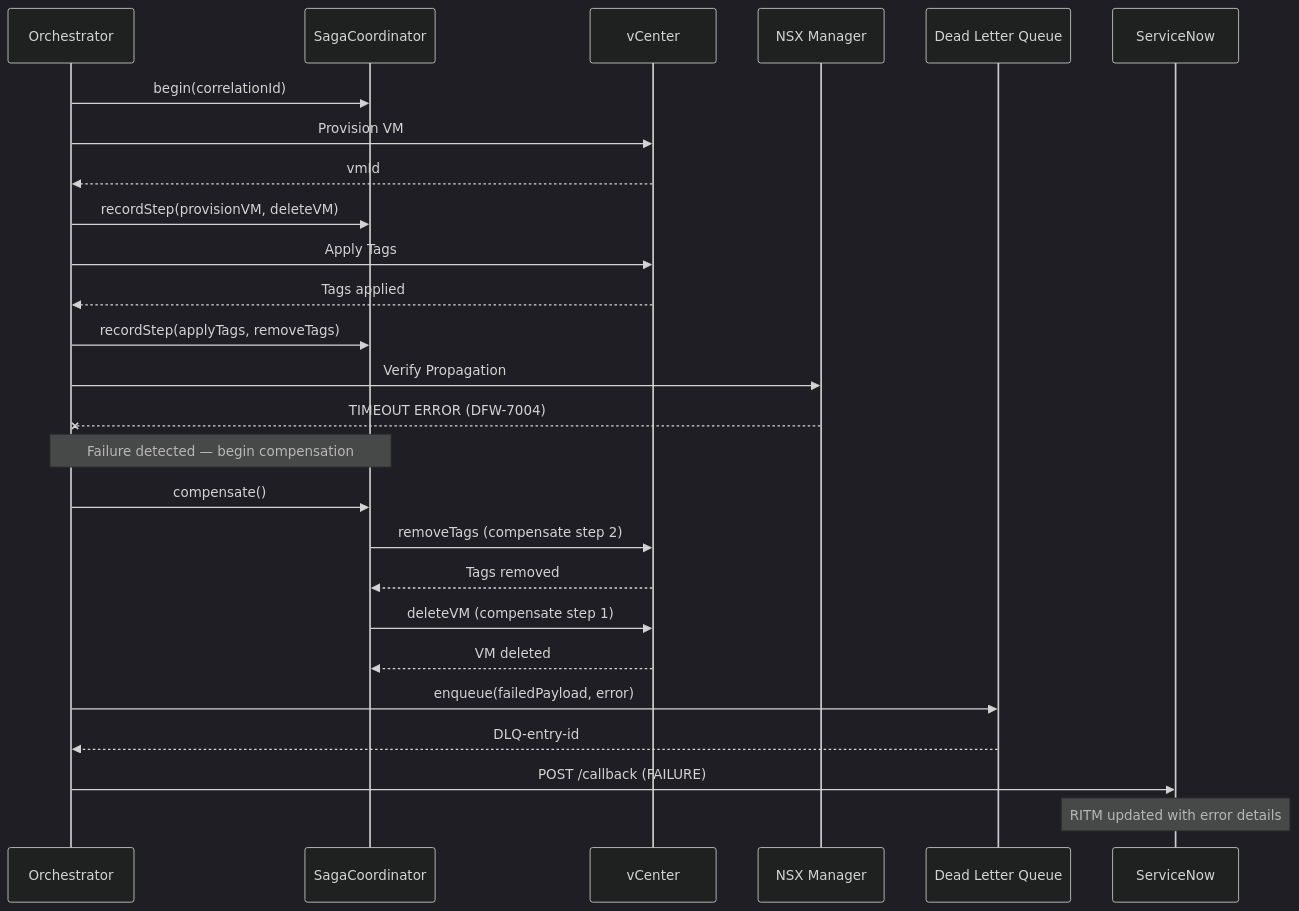
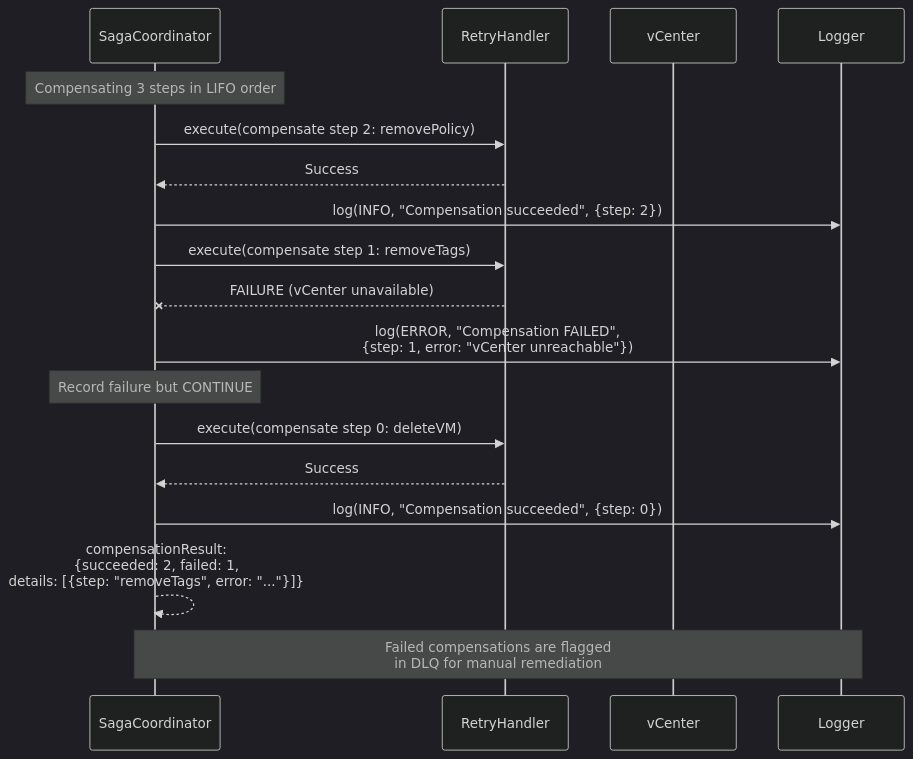
Before and after one commit to srikanth-nalam/dfw-automation-pipeline: the second of 2 diagrams in docs/diagrams/error-handling-saga.md, drawn with Mermaid (dark theme). The commit also changed other lines of this file and 5 other files, not shown here.

First line of the commit message:
feat: update schemas, OpenAPI spec, and docs for production alignment

````diff
--- a/docs/diagrams/error-handling-saga.md
+++ b/docs/diagrams/error-handling-saga.md
@@ -3,35 +119,26 @@
 ```mermaid
 sequenceDiagram
-    participant O as Orchestrator
     participant S as SagaCoordinator
+    participant R as RetryHandler
     participant VC as vCenter
-    participant NSX as NSX Manager
-    participant DLQ as Dead Letter Queue
-    participant SNOW as ServiceNow
+    participant LOG as Logger
 
-    O->>S: begin(correlationId)
-    O->>VC: Provision VM
-    VC-->>O: vmId
-    O->>S: recordStep(provisionVM, deleteVM)
+    Note over S: Compensating 3 steps in LIFO order
 
-    O->>VC: Apply Tags
-    VC-->>O: Tags applied
-    O->>S: recordStep(applyTags, removeTags)
+    S->>R: execute(compensate step 2: removePolicy)
+    R-->>S: Success
+    S->>LOG: log(INFO, "Compensation succeeded", {step: 2})
 
-    O->>NSX: Verify Propagation
-    NSX--xO: TIMEOUT ERROR (DFW-7004)
+    S->>R: execute(compensate step 1: removeTags)
+    R--xS: FAILURE (vCenter unavailable)
+    S->>LOG: log(ERROR, "Compensation FAILED",<br/>{step: 1, error: "vCenter unreachable"})
+    Note over S: Record failure but CONTINUE
 
-    Note over O,S: Failure detected — begin compensation
+    S->>R: execute(compensate step 0: deleteVM)
+    R-->>S: Success
+    S->>LOG: log(INFO, "Compensation succeeded", {step: 0})
 
-    O->>S: compensate()
-    S->>VC: removeTags (compensate step 2)
-    VC-->>S: Tags removed
-    S->>VC: deleteVM (compensate step 1)
-    VC-->>S: VM deleted
+    S-->>S: compensationResult:<br/>{succeeded: 2, failed: 1,<br/>details: [{step: "removeTags", error: "..."}]}
 
-    O->>DLQ: enqueue(failedPayload, error)
-    DLQ-->>O: DLQ-entry-id
-
-    O->>SNOW: POST /callback (FAILURE)
-    Note over SNOW: RITM updated with error details
+    Note over S,LOG: Failed compensations are flagged<br/>in DLQ for manual remediation
 ```
````
